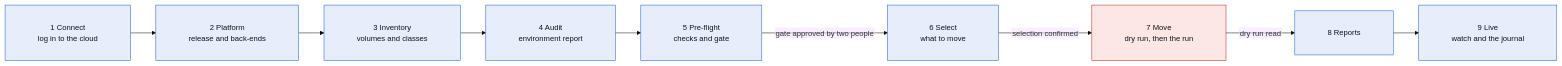
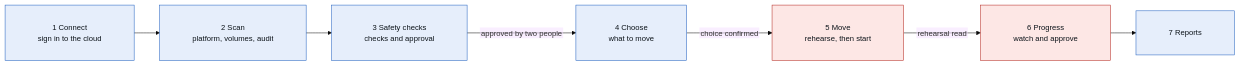
Before and after one commit to ebeauzec/OpenMove: the first of 5 diagrams in docs/WALKTHROUGH.md, drawn with Mermaid. The commit also changed other lines of this file and 54 other files, not shown here.

````diff
--- a/docs/WALKTHROUGH.md
+++ b/docs/WALKTHROUGH.md
@@ -15,16 +15,14 @@
 ```mermaid
 %%{init: {"theme": "base", "fontFamily": "Arial, Helvetica, sans-serif", "themeVariables": {"fontSize": "15px"}, "flowchart": {"htmlLabels": false, "padding": 32, "nodeSpacing": 40, "rankSpacing": 50}}}%%
 flowchart LR
-    S1["1 Connect<br/>log in to the cloud"] --> S2["2 Platform<br/>release and back-ends"]
-    S2 --> S3["3 Inventory<br/>volumes and classes"]
-    S3 --> S4["4 Audit<br/>environment report"]
-    S4 --> S5["5 Pre-flight<br/>checks and gate"]
-    S5 -->|gate approved by two people| S6["6 Select<br/>what to move"]
-    S6 -->|selection confirmed| S7["7 Move<br/>dry run, then the run"]
-    S7 -->|dry run read| S8["8 Reports"]
-    S8 --> S9["9 Live<br/>watch and the journal"]
+    S1["1 Connect<br/>sign in to the cloud"] --> S2["2 Scan<br/>platform, volumes, audit"]
+    S2 --> S3["3 Safety checks<br/>checks and approval"]
+    S3 -->|approved by two people| S4["4 Choose<br/>what to move"]
+    S4 -->|choice confirmed| S5["5 Move<br/>rehearse, then start"]
+    S5 -->|rehearsal read| S6["6 Progress<br/>watch and approve"]
+    S6 --> S7["7 Reports"]
     classDef read fill:#e6eefb,stroke:#1f5fbf,color:#0c1319
     classDef change fill:#fde7e5,stroke:#b3261e,color:#0c1319
-    class S1,S2,S3,S4,S5,S6,S8,S9 read
-    class S7 change
+    class S1,S2,S3,S4,S7 read
+    class S5,S6 change
 ```
````
